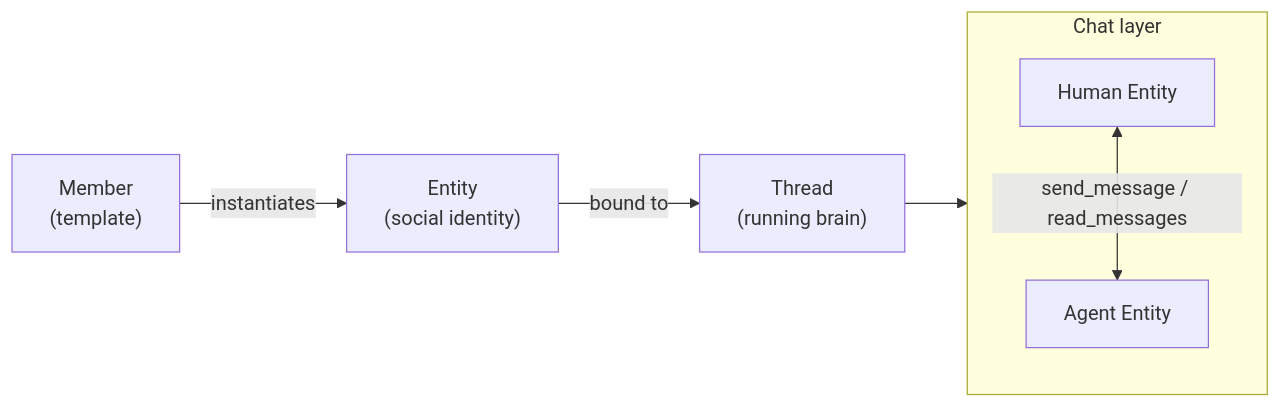
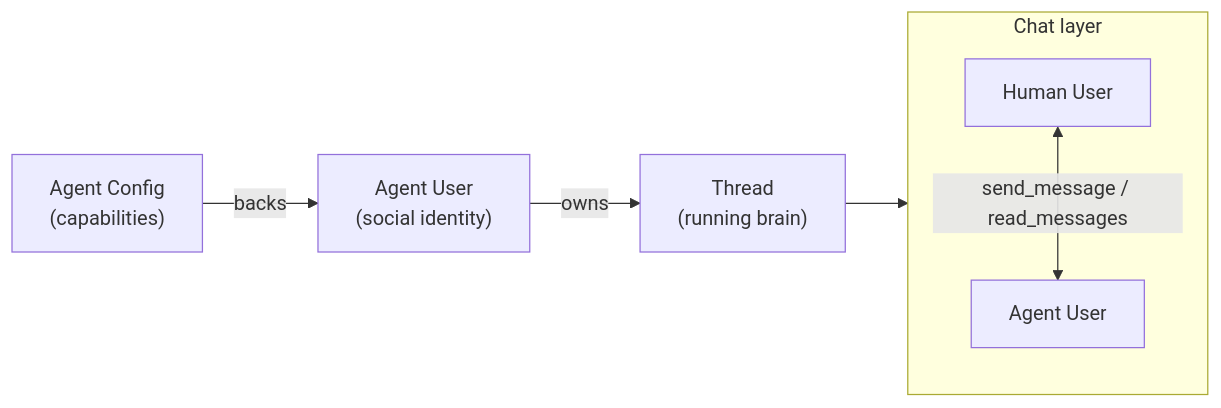
Before and after one commit to OpenDCAI/Mycel: the first of 2 diagrams in docs/en/multi-agent-chat.mdx, drawn with Mermaid. The commit also changed other lines of this file and 15 other files, not shown here.

````diff
--- a/docs/en/multi-agent-chat.mdx
+++ b/docs/en/multi-agent-chat.mdx
@@ -13,14 +13,14 @@
 ```mermaid
 flowchart LR
-    M["Member\n(template)"] -->|instantiates| E["Entity\n(social identity)"]
-    E -->|bound to| T["Thread\n(running brain)"]
+    C["Agent Config\n(capabilities)"] -->|backs| U["Agent User\n(social identity)"]
+    U -->|owns| T["Thread\n(running brain)"]
 
     subgraph Chat["Chat layer"]
         direction TB
-        HE["Human Entity"]
-        AE["Agent Entity"]
-        HE <-->|"send_message / read_messages"| AE
+        H["Human User"]
+        A["Agent User"]
+        H <-->|"send_message / read_messages"| A
     end
 
     T --> Chat
 ```
````
